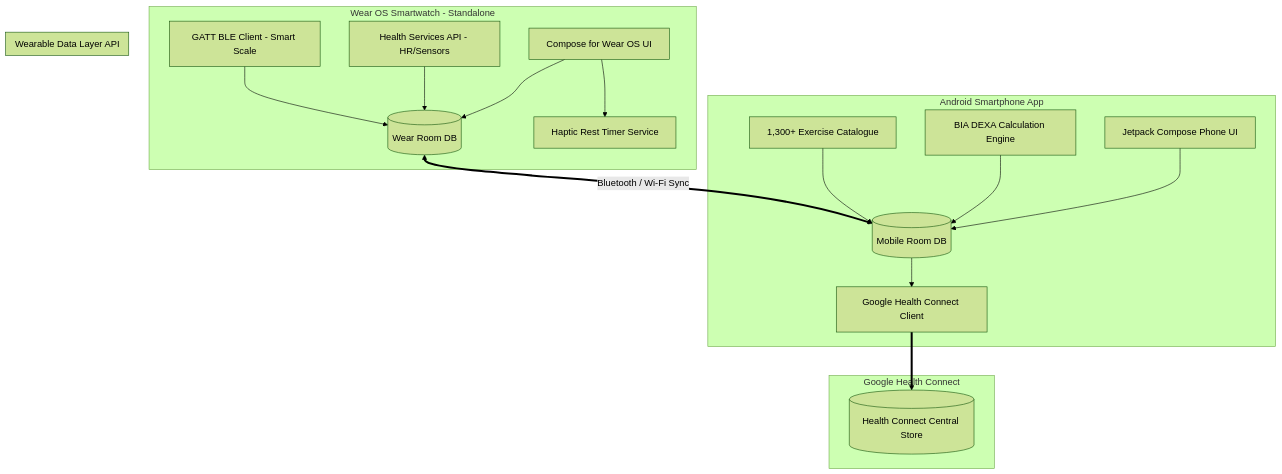
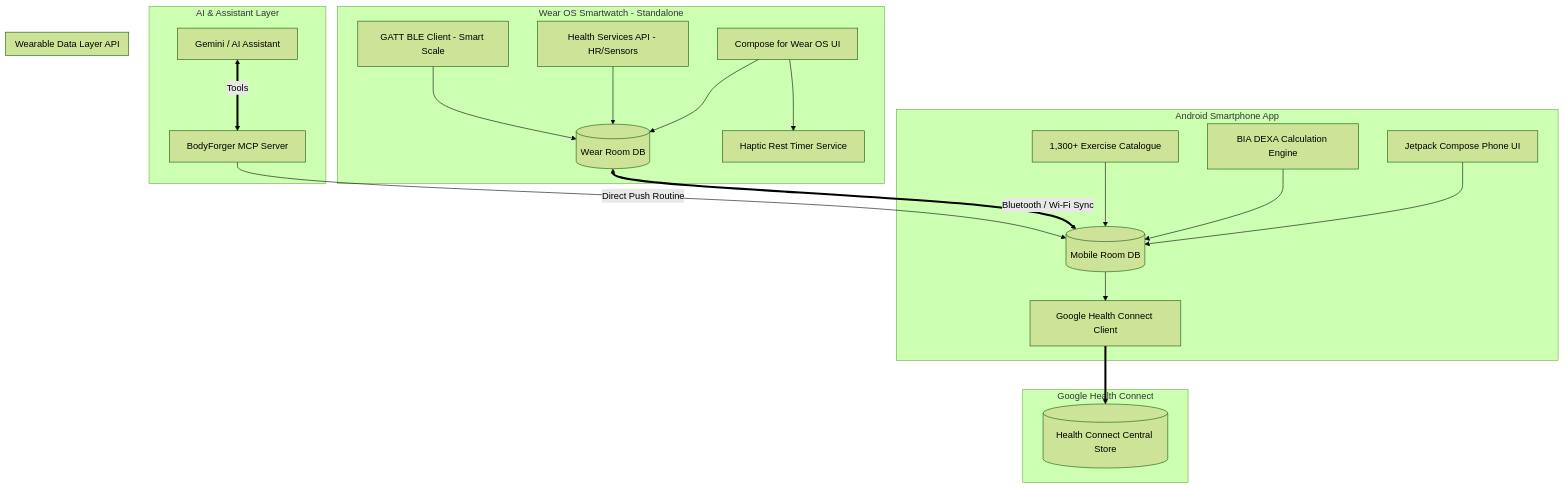
One commit to DevOpsBenjamin/BodyForger changed the diagram in README.md. Above: the diagram before and after it, drawn with Mermaid (forest theme). The commit also changed other lines of this file, not shown here.

Commit message:
feat: establish BodyForger branding, MCP AI sync and Health Connect planned exercise support

````diff
--- a/README.md
+++ b/README.md
@@ -85,36 +91,44 @@
 ```mermaid
 graph TD
+    subgraph AI [AI & Assistant Layer]
+        Gemini[Gemini / AI Assistant]
+        MCP[BodyForger MCP Server]
+        Gemini <==>|Tools| MCP
+    end
+
     subgraph WearOS [Wear OS Smartwatch - Standalone]
         W_UI[Compose for Wear OS UI]
         W_HS[Health Services API - HR/Sensors]
         W_BLE[GATT BLE Client - Smart Scale]
         W_DB[(Wear Room DB)]
         W_Timer[Haptic Rest Timer Service]
         
         W_UI --> W_DB
         W_HS --> W_DB
         W_BLE --> W_DB
         W_UI --> W_Timer
     end
 
     subgraph Mobile [Android Smartphone App]
         M_UI[Jetpack Compose Phone UI]
         M_BIA[BIA DEXA Calculation Engine]
         M_ExDB[1,300+ Exercise Catalogue]
         M_DB[(Mobile Room DB)]
         M_HC[Google Health Connect Client]
         
         M_UI --> M_DB
         M_BIA --> M_DB
         M_ExDB --> M_DB
         M_DB --> M_HC
     end
 
     subgraph Sync [Wearable Data Layer API]
         W_DB <==>|Bluetooth / Wi-Fi Sync| M_DB
     end
 
     subgraph HealthConnect [Google Health Connect]
         M_HC ==> HC_Store[(Health Connect Central Store)]
     end
+
+    MCP -->|Direct Push Routine| M_DB
 ```
````
